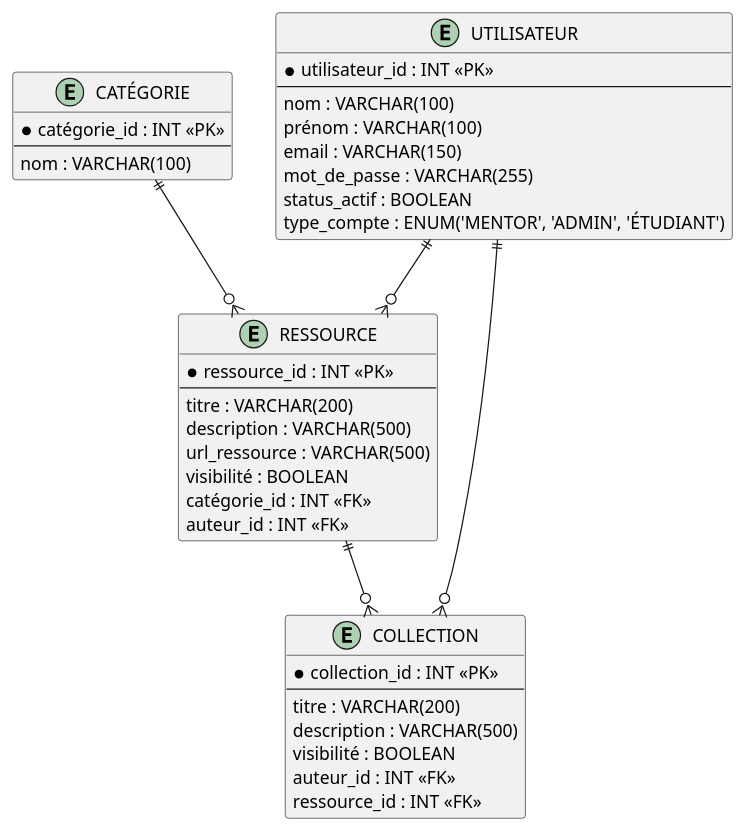
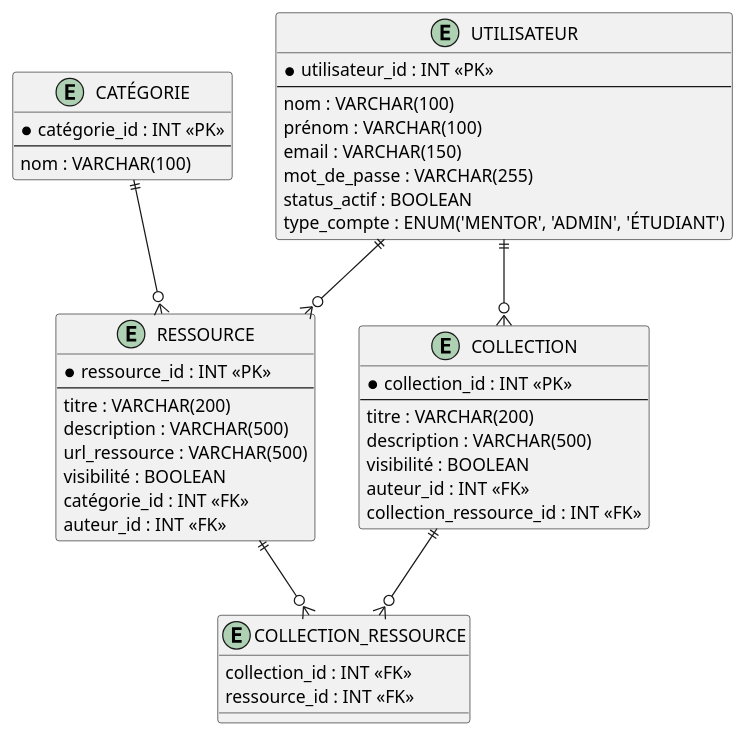
The diagram in docs/diagrammes/ModeleRelationnel.puml (EmileDevGit/projet-final-api), drawn with PlantUML before and after one commit.

Commit message:
MaJ du modèle

```diff
--- a/docs/diagrammes/ModeleRelationnel.puml
+++ b/docs/diagrammes/ModeleRelationnel.puml
@@ -1,49 +1,55 @@
 @startuml
 
 
 entity "UTILISATEUR" as utilisateur {
   *utilisateur_id : INT <<PK>>
   --
   nom : VARCHAR(100)
   prénom : VARCHAR(100)
   email : VARCHAR(150)
   mot_de_passe : VARCHAR(255)
   status_actif : BOOLEAN
   type_compte : ENUM('MENTOR', 'ADMIN', 'ÉTUDIANT')
 }
 
 entity "CATÉGORIE" as categorie {
   *catégorie_id : INT <<PK>>
   --
   nom : VARCHAR(100)
 }
 
 entity "RESSOURCE" as ressource {
   *ressource_id : INT <<PK>>
   --
   titre : VARCHAR(200)
   description : VARCHAR(500)
   url_ressource : VARCHAR(500)
   visibilité : BOOLEAN
   catégorie_id : INT <<FK>>
   auteur_id : INT <<FK>>
 }
 
 entity "COLLECTION" as collection {
   *collection_id : INT <<PK>>
   --
   titre : VARCHAR(200)
   description : VARCHAR(500)
   visibilité : BOOLEAN
   auteur_id : INT <<FK>>
-  ressource_id : INT <<FK>>
+  collection_ressource_id : INT <<FK>>
+}
+
+entity "COLLECTION_RESSOURCE" as collection_ressource {
+	collection_id : INT <<FK>>
+	ressource_id : INT <<FK>>
 }
 
 
 
-utilisateur ||--o{ ressource 
+utilisateur ||--o{ ressource
 categorie ||--o{ ressource 
 utilisateur ||--o{ collection 
-ressource ||--o{ collection 
+ressource ||--o{ collection_ressource
+collection ||--o{ collection_ressource
 
 @enduml
```
